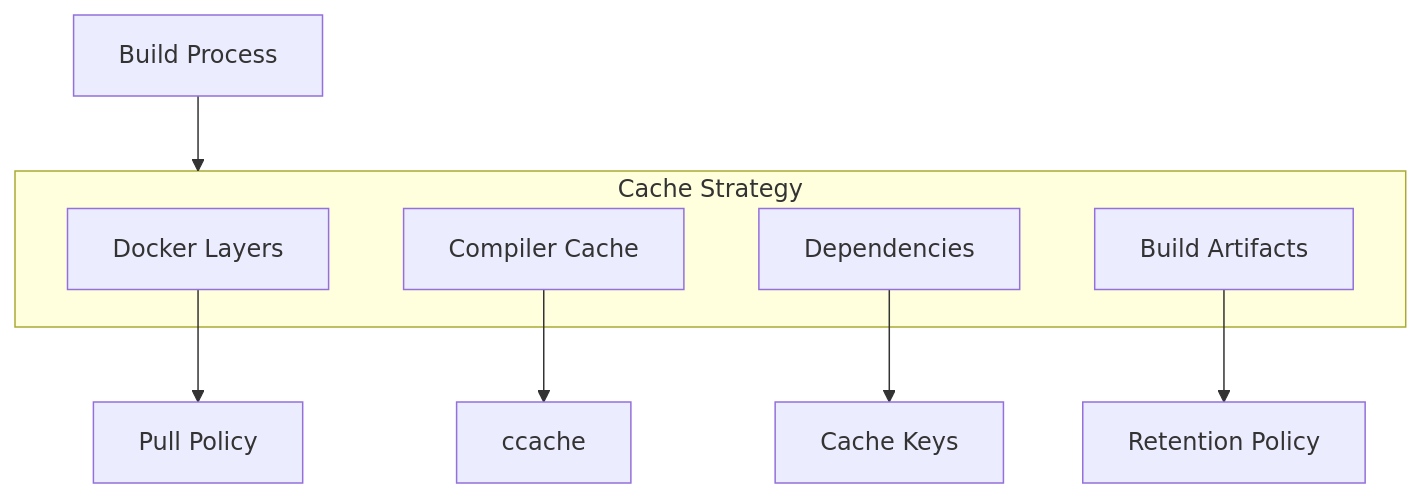
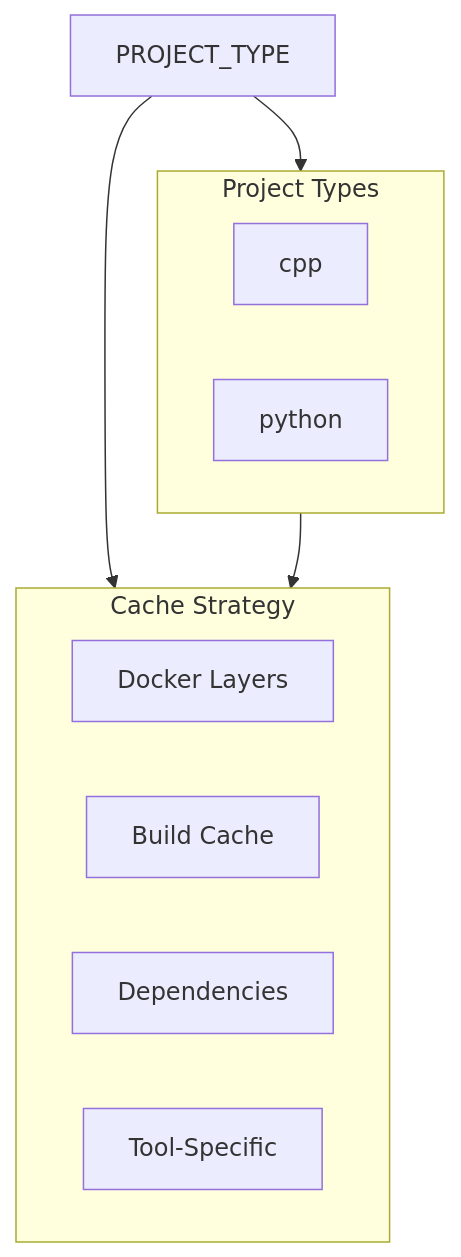
The first of 2 diagrams in docs/ci-cd/caching-strategy.md (jlheater/test-project-123456), drawn with Mermaid before and after one commit. The commit also changed other lines of this file and 11 other files, not shown here.

Commit message:
Enhance documentation for system requirements and build process, including a structured table of contents and updates to makefile usage for C++ and Python projects.

````diff
--- a/docs/ci-cd/caching-strategy.md
+++ b/docs/ci-cd/caching-strategy.md
@@ -7,16 +7,19 @@
 ```mermaid
 flowchart TD
-    Build["Build Process"] --> Cache["Cache Types"]
+    Project["PROJECT_TYPE"] --> Cache["Cache Types"]
     
     subgraph Cache["Cache Strategy"]
         Docker["Docker Layers"]
-        Compiler["Compiler Cache"]
+        Build["Build Cache"]
         Deps["Dependencies"]
-        Artifacts["Build Artifacts"]
+        Tool["Tool-Specific"]
     end
     
-    Docker --> Pull["Pull Policy"]
-    Compiler --> CCache["ccache"]
-    Deps --> Key["Cache Keys"]
-    Artifacts --> Policy["Retention Policy"]
+    subgraph Types["Project Types"]
+        CPP["cpp"]
+        Python["python"]
+    end
+    
+    Project --> Types
+    Types --> Cache
 ```
````
